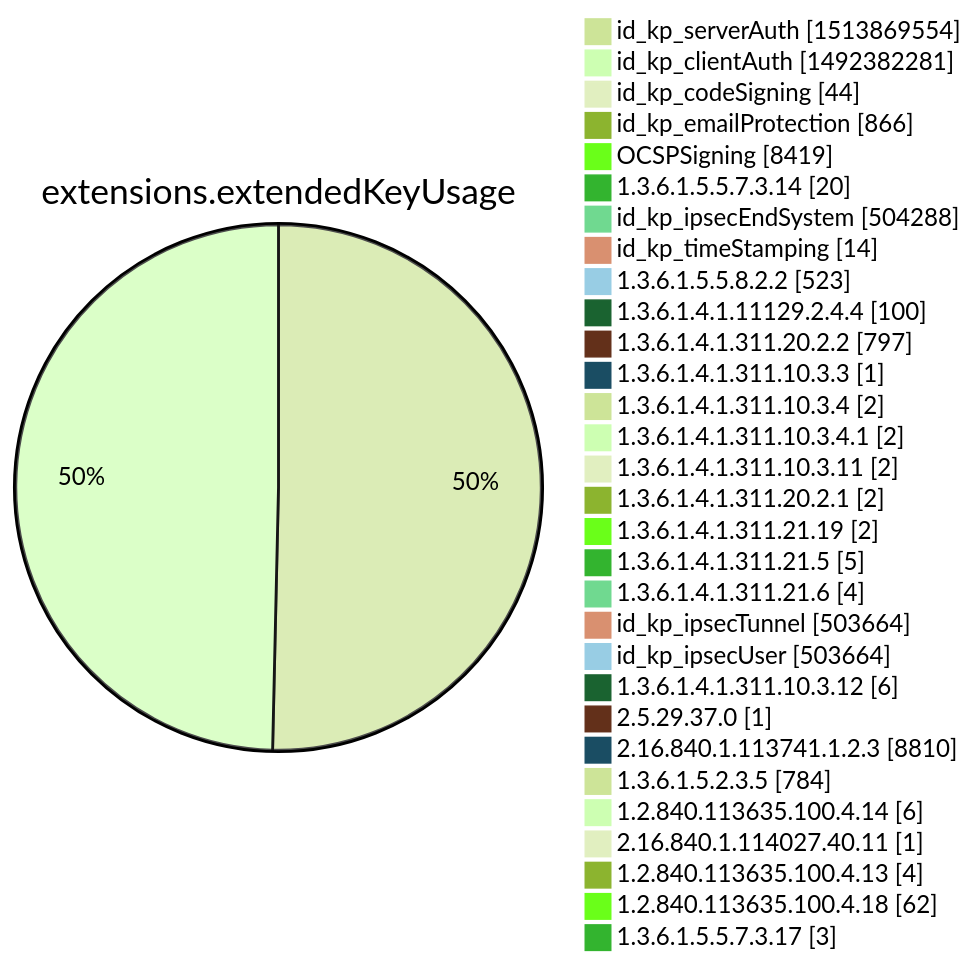
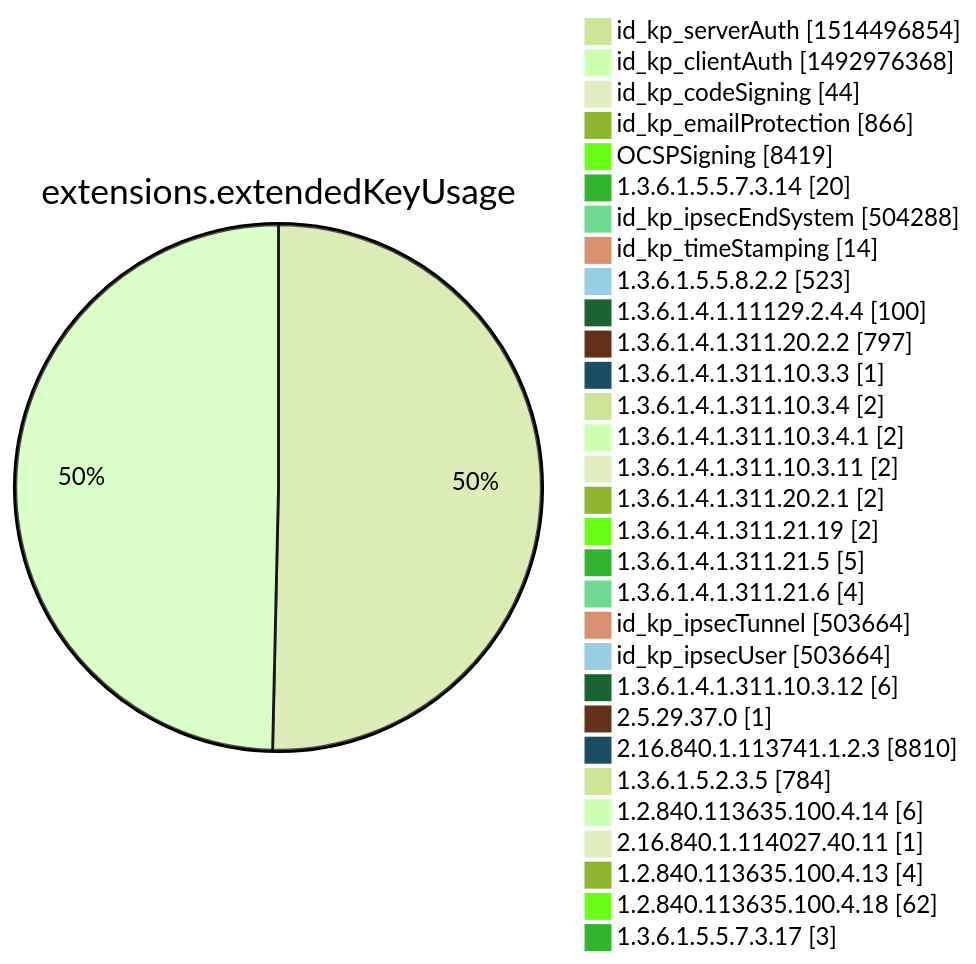
Before and after one commit to christiankrug/ctmonitor_visualization: diagram 12 of 15 in argon2022/README.md, drawn with Mermaid (forest theme). The commit also changed other lines of this file, not shown here.

````diff
--- a/argon2022/README.md
+++ b/argon2022/README.md
@@ -3555,34 +3555,34 @@
 ```mermaid
 pie showData
 title extensions.extendedKeyUsage
-"id_kp_serverAuth" :1513869554
-"id_kp_clientAuth" :1492382281
+"id_kp_serverAuth" :1514496854
+"id_kp_clientAuth" :1492976368
 "id_kp_codeSigning" :44
 "id_kp_emailProtection" :866
 "OCSPSigning" :8419
 "1.3.6.1.5.5.7.3.14" :20
 "id_kp_ipsecEndSystem" :504288
 "id_kp_timeStamping" :14
 "1.3.6.1.5.5.8.2.2" :523
 "1.3.6.1.4.1.11129.2.4.4" :100
 "1.3.6.1.4.1.311.20.2.2" :797
 "1.3.6.1.4.1.311.10.3.3" :1
 "1.3.6.1.4.1.311.10.3.4" :2
 "1.3.6.1.4.1.311.10.3.4.1" :2
 "1.3.6.1.4.1.311.10.3.11" :2
 "1.3.6.1.4.1.311.20.2.1" :2
 "1.3.6.1.4.1.311.21.19" :2
 "1.3.6.1.4.1.311.21.5" :5
 "1.3.6.1.4.1.311.21.6" :4
 "id_kp_ipsecTunnel" :503664
 "id_kp_ipsecUser" :503664
 "1.3.6.1.4.1.311.10.3.12" :6
 "2.5.29.37.0" :1
 "2.16.840.1.113741.1.2.3" :8810
 "1.3.6.1.5.2.3.5" :784
 "1.2.840.113635.100.4.14" :6
 "2.16.840.1.114027.40.11" :1
 "1.2.840.113635.100.4.13" :4
 "1.2.840.113635.100.4.18" :62
 "1.3.6.1.5.5.7.3.17" :3
 ```
````
